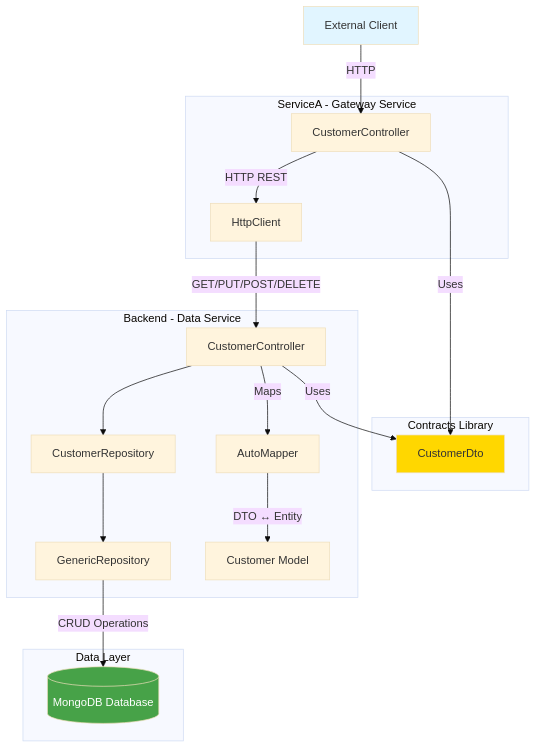
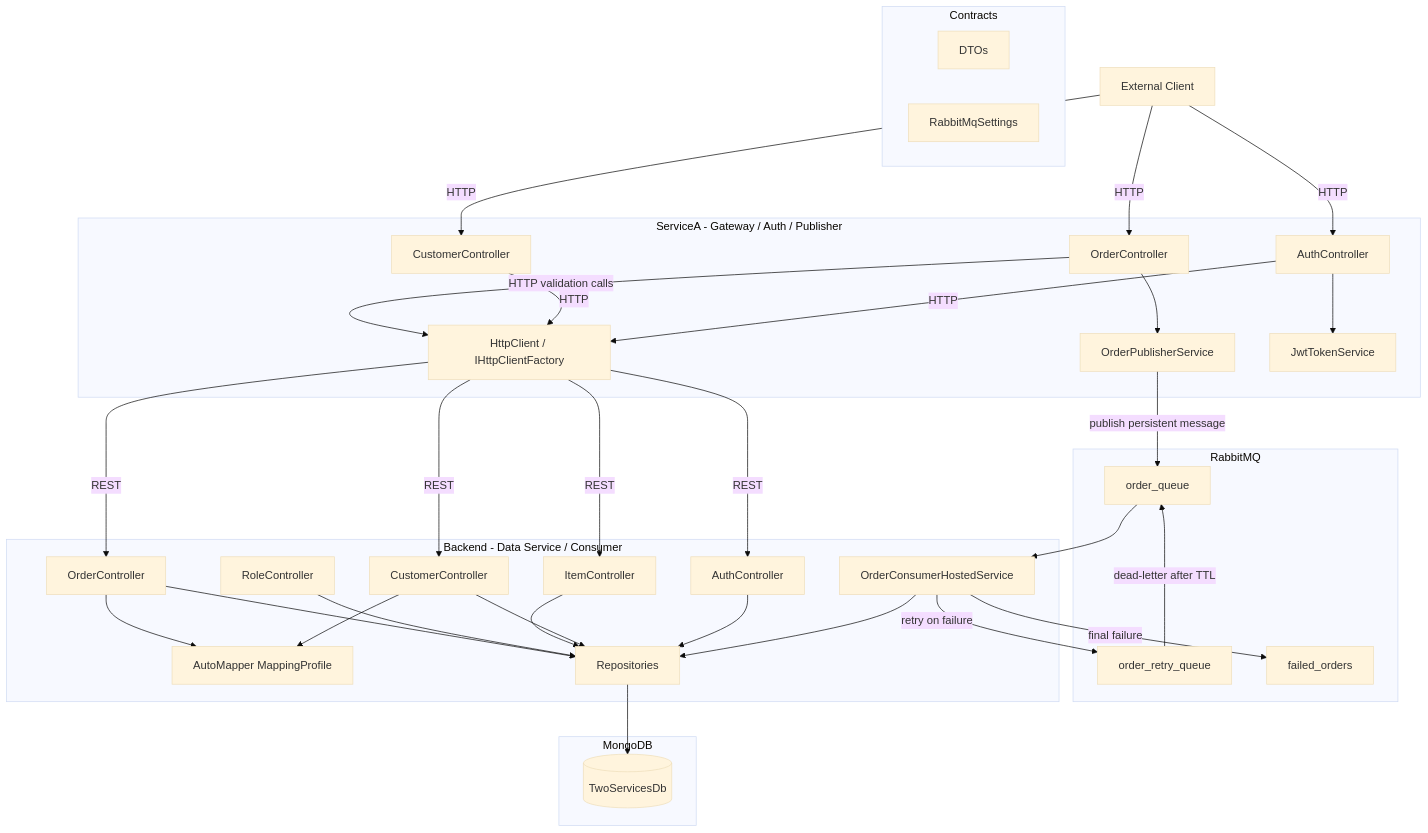
Before and after one commit to etwas77/TwoServices: the diagram in architecture.md, drawn with Mermaid (base theme). The commit also changed other lines of this file, not shown here.

````diff
--- a/architecture.md
+++ b/architecture.md
@@ -36,40 +65,70 @@
 ```mermaid
 graph TB
-	Client[External Client]
+    Client[External Client]
 
-	subgraph "ServiceA - Gateway Service"
-		SA_API[CustomerController]
-		SA_HTTP[HttpClient]
-	end
+    subgraph "ServiceA - Gateway / Auth / Publisher"
+        SAAuth[AuthController]
+        SACustomer[CustomerController]
+        SAOrder[OrderController]
+        SAHttp[HttpClient / IHttpClientFactory]
+        SAPublisher[OrderPublisherService]
+        SAJwt[JwtTokenService]
+    end
 
-	subgraph "Contracts Library"
-		DTO[CustomerDto]
-	end
+    subgraph "Contracts"
+        DTOs[DTOs]
+        RMQCfg[RabbitMqSettings]
+    end
 
-	subgraph "Backend - Data Service"
-		BE_API[CustomerController]
-		BE_Mapper[AutoMapper]
-		BE_Repo[CustomerRepository]
-		BE_GenRepo[GenericRepository]
-		BE_Model[Customer Model]
-	end
+    subgraph "RabbitMQ"
+        OrderQueue[order_queue]
+        RetryQueue[order_retry_queue]
+        FailedQueue[failed_orders]
+    end
 
-	subgraph "Data Layer"
-		MongoDB[(MongoDB Database)]
-	end
+    subgraph "Backend - Data Service / Consumer"
+        BEAuth[AuthController]
+        BECustomer[CustomerController]
+        BEItem[ItemController]
+        BERole[RoleController]
+        BEOrder[OrderController]
+        BEConsumer[OrderConsumerHostedService]
+        BEMapper[AutoMapper MappingProfile]
+        BERepos[Repositories]
+    end
 
-	Client -->|HTTP| SA_API
-	SA_API -->|Uses| DTO
-	SA_API -->|HTTP REST| SA_HTTP
-	SA_HTTP -->|GET/PUT/POST/DELETE| BE_API
-	BE_API -->|Uses| DTO
-	BE_API -->|Maps| BE_Mapper
-	BE_Mapper -->|DTO ↔ Entity| BE_Model
-	BE_API --> BE_Repo
-	BE_Repo --> BE_GenRepo
-	BE_GenRepo -->|CRUD Operations| MongoDB
+    subgraph "MongoDB"
+        DB[(TwoServicesDb)]
+    end
 
-	style Client fill:#e1f5ff
-	style MongoDB fill:#47a248,color:#fff
-	style DTO fill:#ffd700
+    Client -->|HTTP| SAAuth
+    Client -->|HTTP| SACustomer
+    Client -->|HTTP| SAOrder
+
+    SAAuth -->|HTTP| SAHttp
+    SACustomer -->|HTTP| SAHttp
+    SAOrder -->|HTTP validation calls| SAHttp
+    SAHttp -->|REST| BEAuth
+    SAHttp -->|REST| BECustomer
+    SAHttp -->|REST| BEItem
+    SAHttp -->|REST| BEOrder
+
+    SAAuth --> SAJwt
+    SAOrder --> SAPublisher
+    SAPublisher -->|publish persistent message| OrderQueue
+
+    OrderQueue --> BEConsumer
+    BEConsumer -->|retry on failure| RetryQueue
+    RetryQueue -->|dead-letter after TTL| OrderQueue
+    BEConsumer -->|final failure| FailedQueue
+    BEConsumer --> BERepos
+
+    BECustomer --> BEMapper
+    BEOrder --> BEMapper
+    BEAuth --> BERepos
+    BECustomer --> BERepos
+    BEItem --> BERepos
+    BERole --> BERepos
+    BEOrder --> BERepos
+    BERepos --> DB
 ```
````
